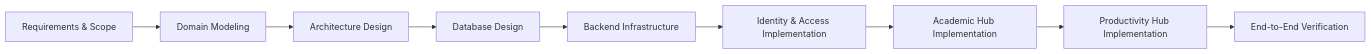
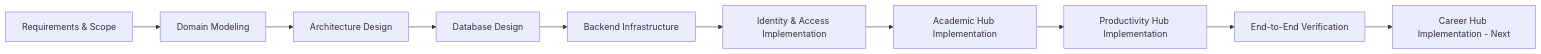
The sixth of 6 diagrams in PROJECT_PROGRESS.md (sufiyanshaikh06/integrum), drawn with Mermaid before and after one commit. The commit also changed other lines of this file, not shown here.

Commit message:
docs: update progress tracker for Academic Hub completion

````diff
--- a/PROJECT_PROGRESS.md
+++ b/PROJECT_PROGRESS.md
@@ -144,11 +143,12 @@
 ```mermaid
 flowchart LR
     A[Requirements & Scope] --> B[Domain Modeling]
     B --> C[Architecture Design]
     C --> D[Database Design]
     D --> E[Backend Infrastructure]
     E --> F[Identity & Access Implementation]
     F --> G[Academic Hub Implementation]
     G --> H[Productivity Hub Implementation]
     H --> I[End-to-End Verification]
+    I --> J[Career Hub Implementation - Next]
 ```
````
